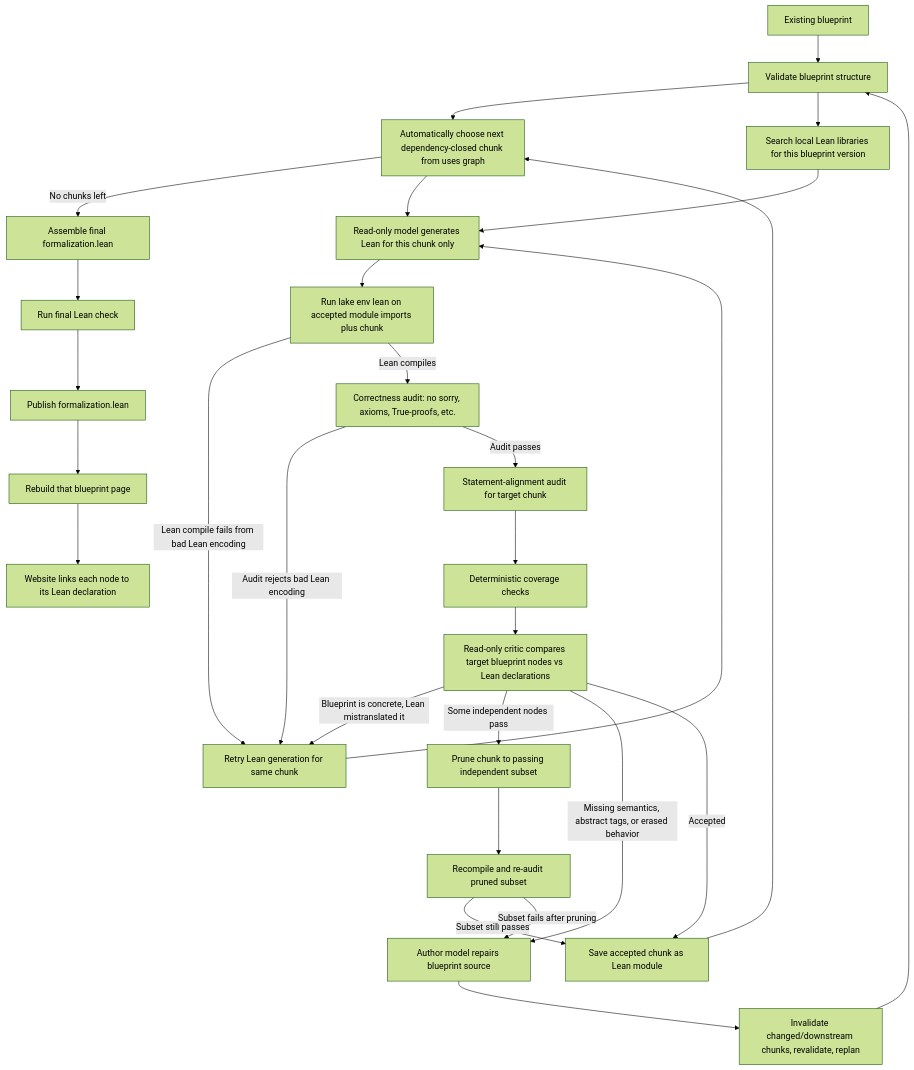
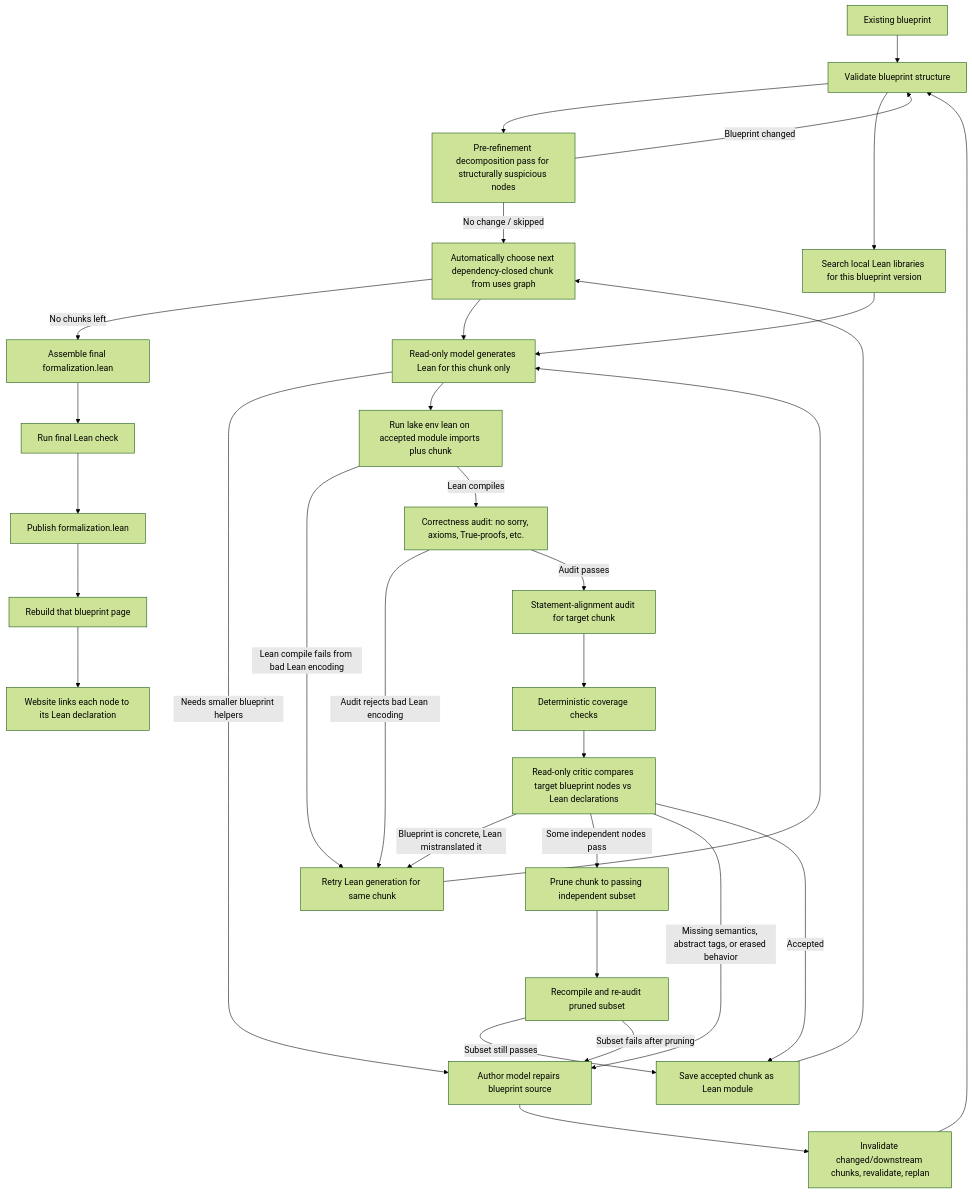
The diagram in README.md (rafaelcastrorc/formalizer), drawn with Mermaid (forest theme) before and after one commit. The commit also changed other lines of this file and 4 other files, not shown here.

````diff
--- a/README.md
+++ b/README.md
@@ -300,31 +302,34 @@
 ```mermaid
 flowchart TD
     A["Existing blueprint"] --> B["Validate blueprint structure"]
-    B --> P["Automatically choose next dependency-closed chunk from uses graph"]
+    B --> BP["Pre-refinement decomposition pass for structurally suspicious nodes"]
+    BP -->|Blueprint changed| B
+    BP -->|No change / skipped| P["Automatically choose next dependency-closed chunk from uses graph"]
     P -->|No chunks left| Z["Assemble final formalization.lean"]
     Z --> ZC["Run final Lean check"]
     ZC --> L["Publish formalization.lean"]
     B --> S["Search local Lean libraries for this blueprint version"]
     P --> C["Read-only model generates Lean for this chunk only"]
     S --> C
+    C -->|Needs smaller blueprint helpers| J
     C --> D["Run lake env lean on accepted module imports plus chunk"]
     D -->|Lean compile fails from bad Lean encoding| E["Retry Lean generation for same chunk"]
     E --> C
     D -->|Lean compiles| F["Correctness audit: no sorry, axioms, True-proofs, etc."]
     F -->|Audit rejects bad Lean encoding| E
     F -->|Audit passes| G["Statement-alignment audit for target chunk"]
     G --> H["Deterministic coverage checks"]
     H --> I["Read-only critic compares target blueprint nodes vs Lean declarations"]
     I -->|Blueprint is concrete, Lean mistranslated it| E
     I -->|Some independent nodes pass| Q["Prune chunk to passing independent subset"]
     Q --> QC["Recompile and re-audit pruned subset"]
     QC -->|Subset still passes| A1
     QC -->|Subset fails after pruning| J
     I -->|Missing semantics, abstract tags, or erased behavior| J["Author model repairs blueprint source"]
     J --> K["Invalidate changed/downstream chunks, revalidate, replan"]
     K --> B
     I -->|Accepted| A1["Save accepted chunk as Lean module"]
     A1 --> P
     L --> M["Rebuild that blueprint page"]
     M --> N["Website links each node to its Lean declaration"]
 ```
````
